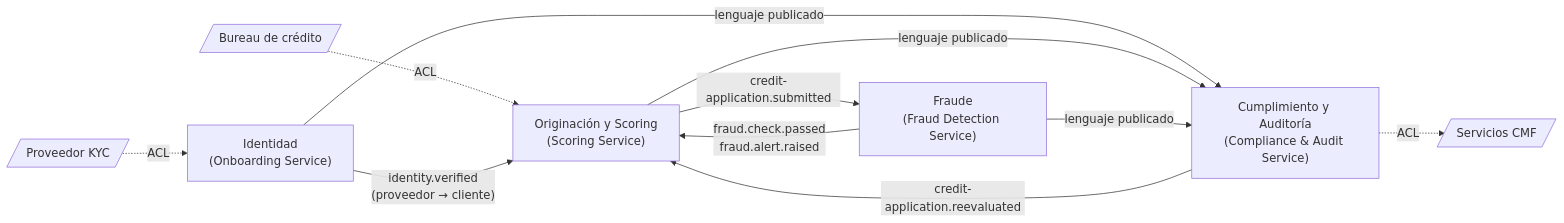
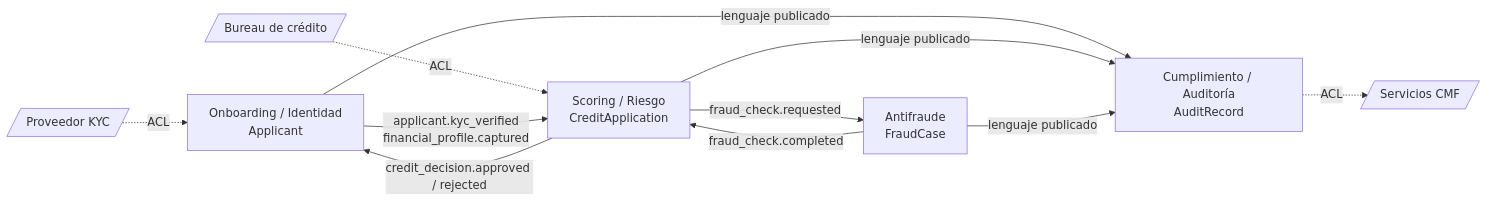
The diagram in docs/data/bounded-contexts.md (4Noisy/-equipo-lospapus--crediscore-), drawn with Mermaid before and after one commit. The commit also changed other lines of this file and 6 other files, not shown here.

````diff
--- a/docs/data/bounded-contexts.md
+++ b/docs/data/bounded-contexts.md
@@ -34,23 +36,23 @@
 ```mermaid
 flowchart LR
     KYC[/"Proveedor KYC"/]
     BUR[/"Bureau de crédito"/]
     CMF[/"Servicios CMF"/]
 
-    ID["Identidad<br/>(Onboarding Service)"]
-    OS["Originación y Scoring<br/>(Scoring Service)"]
-    FR["Fraude<br/>(Fraud Detection Service)"]
-    CA["Cumplimiento y Auditoría<br/>(Compliance & Audit Service)"]
+    ID["Onboarding / Identidad<br/>Applicant"]
+    SC["Scoring / Riesgo<br/>CreditApplication"]
+    FR["Antifraude<br/>FraudCase"]
+    CA["Cumplimiento / Auditoría<br/>AuditRecord"]
 
     KYC -. ACL .-> ID
-    BUR -. ACL .-> OS
+    BUR -. ACL .-> SC
     CA -. ACL .-> CMF
 
-    ID -- "identity.verified<br/>(proveedor → cliente)" --> OS
-    OS -- "credit-application.submitted" --> FR
-    FR -- "fraud.check.passed<br/>fraud.alert.raised" --> OS
+    ID -- "applicant.kyc_verified<br/>financial_profile.captured" --> SC
+    SC -- "fraud_check.requested" --> FR
+    FR -- "fraud_check.completed" --> SC
     ID -- "lenguaje publicado" --> CA
-    OS -- "lenguaje publicado" --> CA
+    SC -- "lenguaje publicado" --> CA
     FR -- "lenguaje publicado" --> CA
-    CA -- "credit-application.reevaluated" --> OS
+    SC -- "credit_decision.approved / rejected" --> ID
 ```
````
